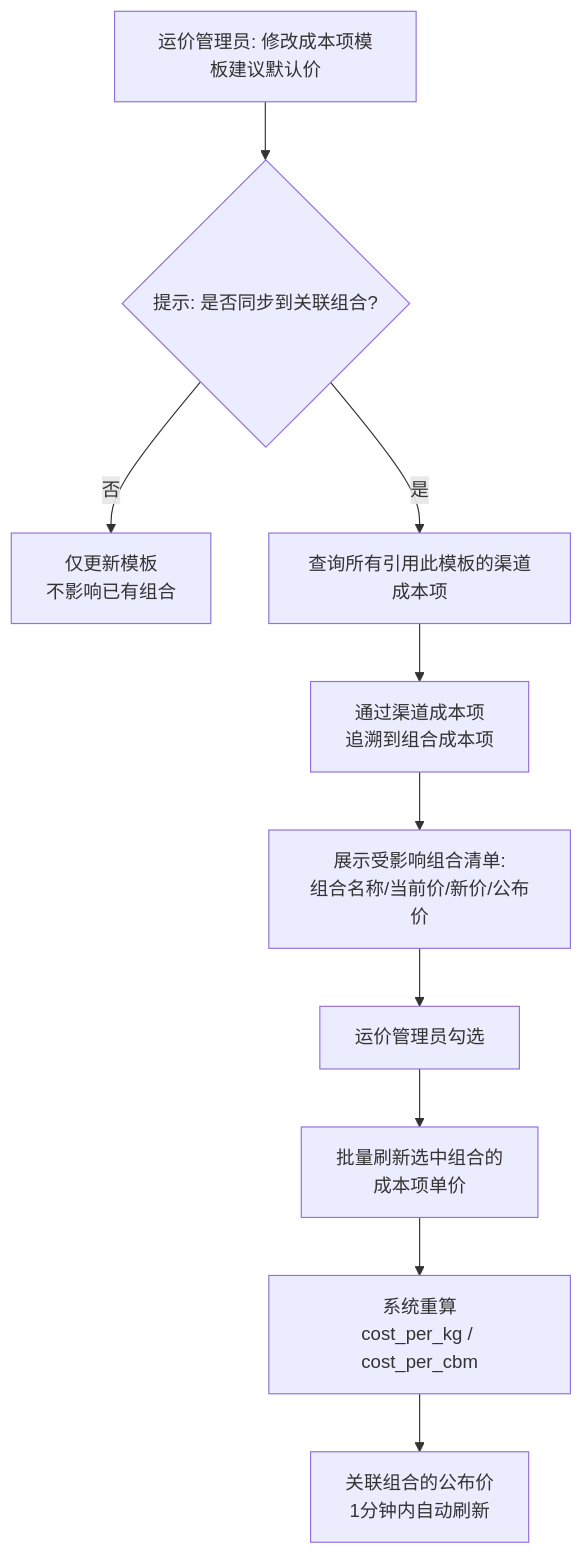
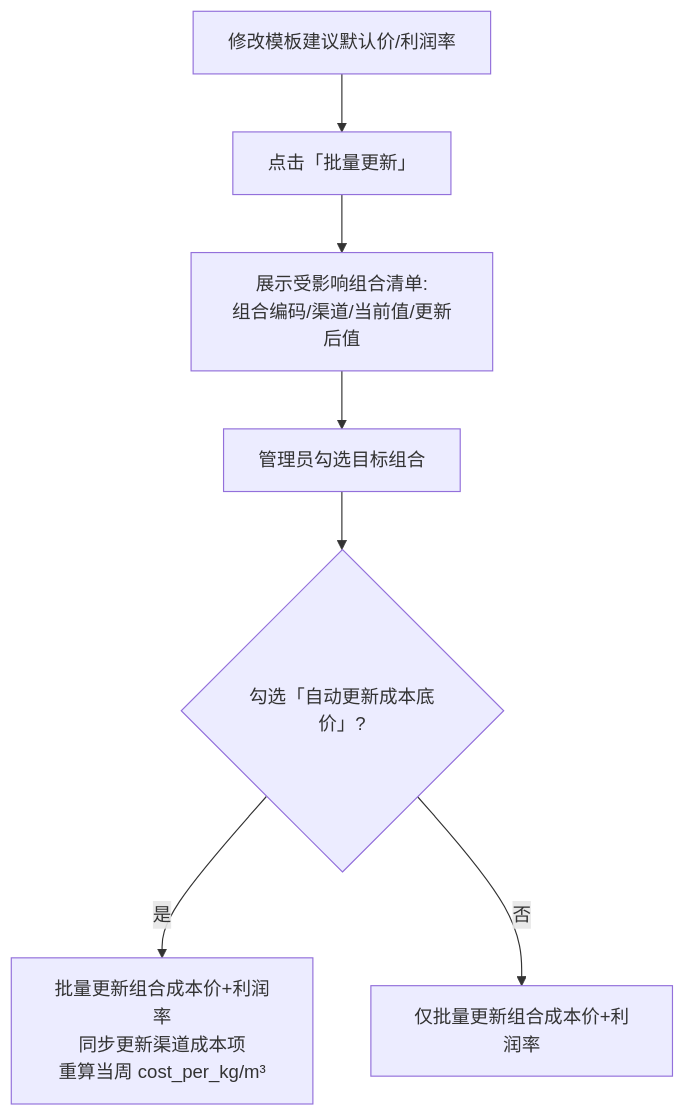
Before and after one commit to zhangwen960722/luna-daily: the third of 6 diagrams in 0-产品经理使用IDE/drafts/2026-05-27-超级运价-方案设计/Architecture.md, drawn with Mermaid. The commit also changed other lines of this file and 316 other files, not shown here.

````diff
--- a/0-产品经理使用IDE/drafts/2026-05-27-超级运价-方案设计/Architecture.md
+++ b/0-产品经理使用IDE/drafts/2026-05-27-超级运价-方案设计/Architecture.md
@@ -508,12 +691,9 @@
 ```mermaid
 flowchart TD
-    A[运价管理员: 修改成本项模板建议默认价] --> B{提示: 是否同步到关联组合?}
-    B -->|否| C[仅更新模板<br>不影响已有组合]
-    B -->|是| D[查询所有引用此模板的渠道成本项]
-    D --> E[通过渠道成本项<br>追溯到组合成本项]
-    E --> F[展示受影响组合清单:<br>组合名称/当前价/新价/公布价]
-    F --> G[运价管理员勾选]
-    G --> H[批量刷新选中组合的<br>成本项单价]
-    H --> I[系统重算<br>cost_per_kg / cost_per_cbm]
-    I --> J[关联组合的公布价<br>1分钟内自动刷新]
+    A[修改模板建议默认价/利润率] --> B[点击「批量更新」]
+    B --> C[展示受影响组合清单:<br>组合编码/渠道/当前值/更新后值]
+    C --> D[管理员勾选目标组合]
+    D --> E{勾选「自动更新成本底价」?}
+    E -->|是| F[批量更新组合成本价+利润率<br>同步更新渠道成本项<br>重算当周 cost_per_kg/m³]
+    E -->|否| G[仅批量更新组合成本价+利润率]
 ```
````
